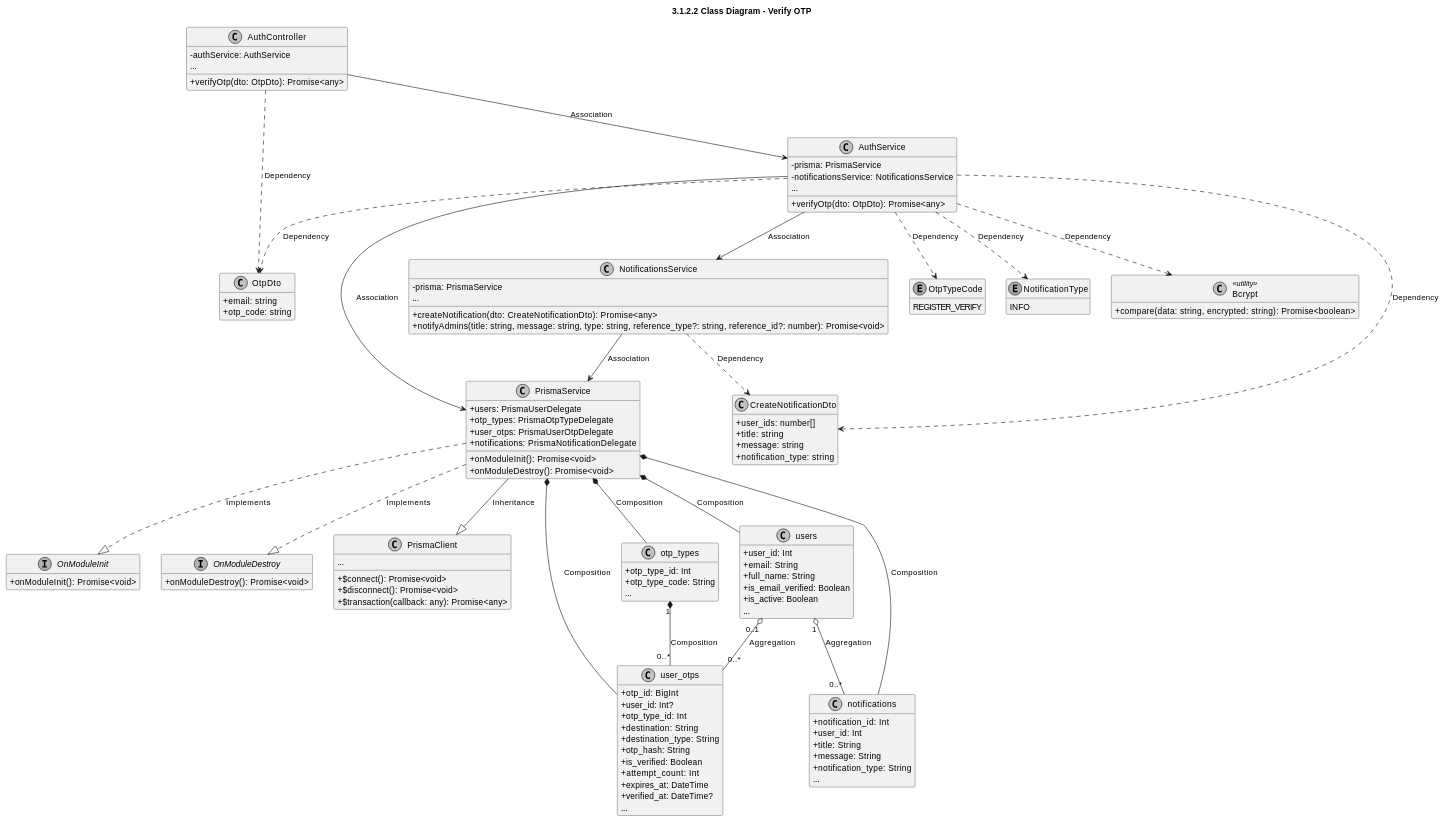
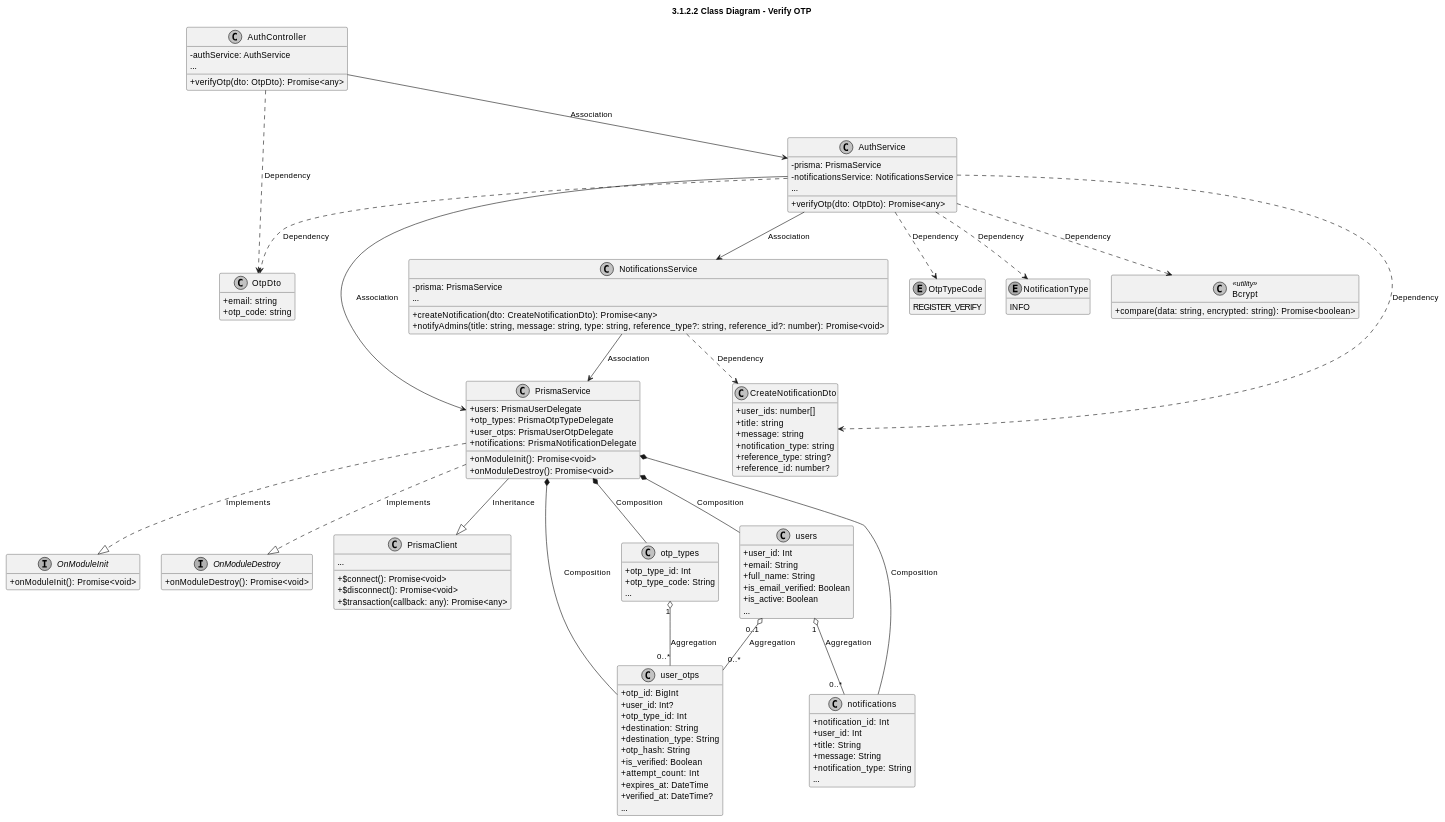
One commit to CuongBC195/class-diagram-donation-blood changed the third of 8 diagrams in modules_plantuml/01_auth.md. Above: the diagram before and after it, drawn with PlantUML. The commit also changed other lines of this file and 32 other files, not shown here.

Commit message:
fix(diagrams): 100% code alignment, fix FK multiplicities, connect ExcelUtil in 3.4, and convert all 1110 edges to Orthogonal

````diff
--- a/modules_plantuml/01_auth.md
+++ b/modules_plantuml/01_auth.md
@@ -404,6 +404,8 @@
   +title: string
   +message: string
   +notification_type: string
+  +reference_type: string?
+  +reference_id: number?
 }
 
 enum OtpTypeCode {
@@ -513,7 +515,7 @@
 PrismaService *-- user_otps : Composition
 PrismaService *-- notifications : Composition
 users "0..1" o-- "0..*" user_otps : Aggregation
-otp_types "1" *-- "0..*" user_otps : Composition
+otp_types "1" o-- "0..*" user_otps : Aggregation
 users "1" o-- "0..*" notifications : Aggregation
 @enduml
 ```
````
